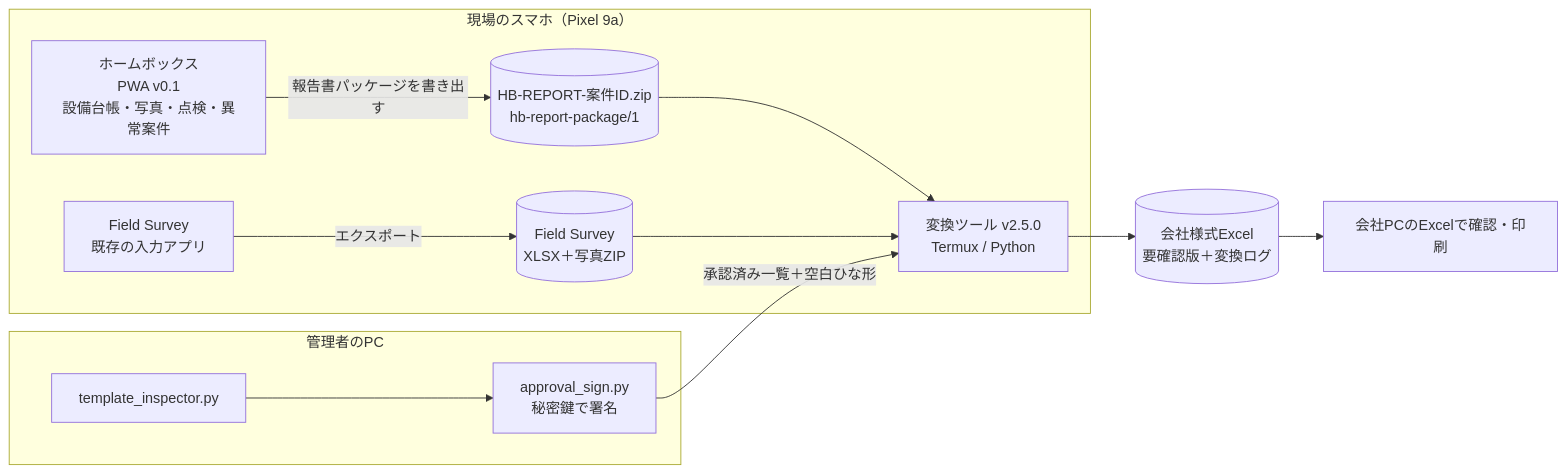
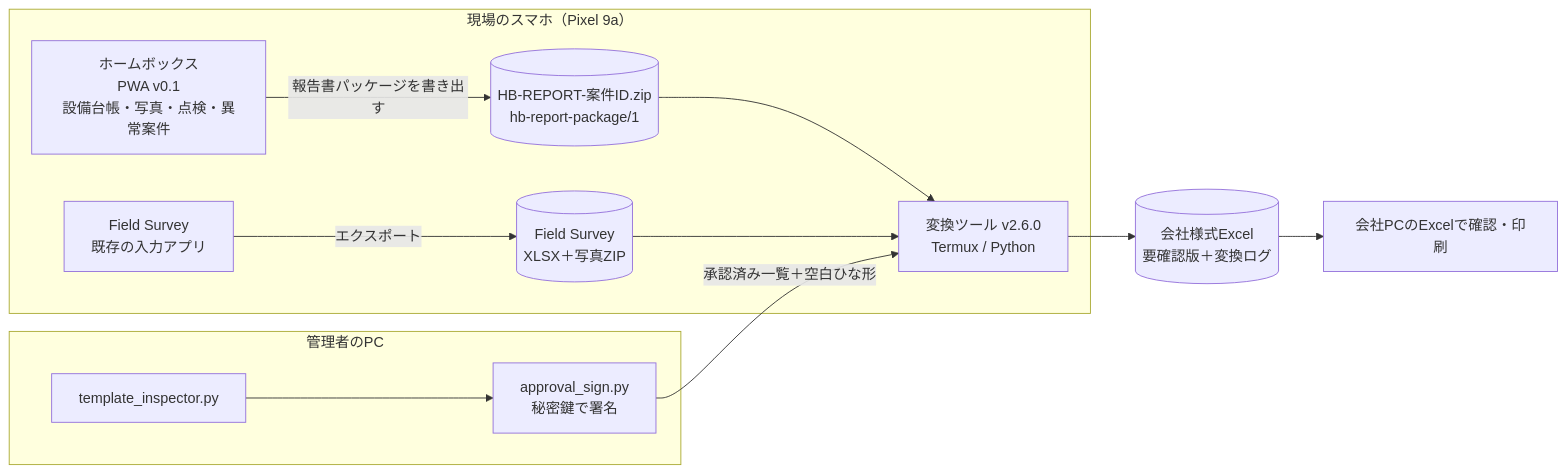
Before and after one commit to bohita7783-star/cloud: the diagram in homebox-app/ARCHITECTURE.md, drawn with Mermaid. The commit also changed other lines of this file and 67 other files, not shown here.

````diff
--- a/homebox-app/ARCHITECTURE.md
+++ b/homebox-app/ARCHITECTURE.md
@@ -12,20 +12,20 @@
 ```mermaid
 flowchart LR
   subgraph phone[現場のスマホ（Pixel 9a）]
     HB[ホームボックス<br/>PWA v0.1<br/>設備台帳・写真・点検・異常案件]
     FS[Field Survey<br/>既存の入力アプリ]
     PKG[(HB-REPORT-案件ID.zip<br/>hb-report-package/1)]
     FSX[(Field Survey<br/>XLSX＋写真ZIP)]
-    CV[変換ツール v2.5.0<br/>Termux / Python]
+    CV[変換ツール v2.6.0<br/>Termux / Python]
     HB -- 報告書パッケージを書き出す --> PKG
     FS -- エクスポート --> FSX
     PKG --> CV
     FSX --> CV
   end
   subgraph admin[管理者のPC]
     INS[template_inspector.py] --> SIGN[approval_sign.py<br/>秘密鍵で署名]
   end
   SIGN -- 承認済み一覧＋空白ひな形 --> CV
   CV --> XLS[(会社様式Excel<br/>要確認版＋変換ログ)]
   XLS --> PC[会社PCのExcelで確認・印刷]
 ```
````
